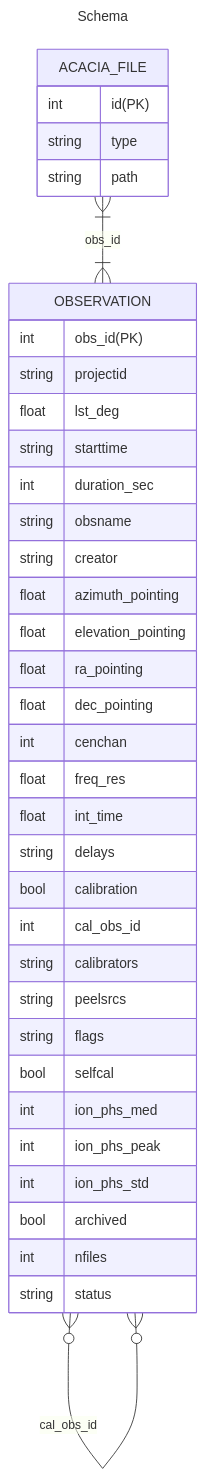
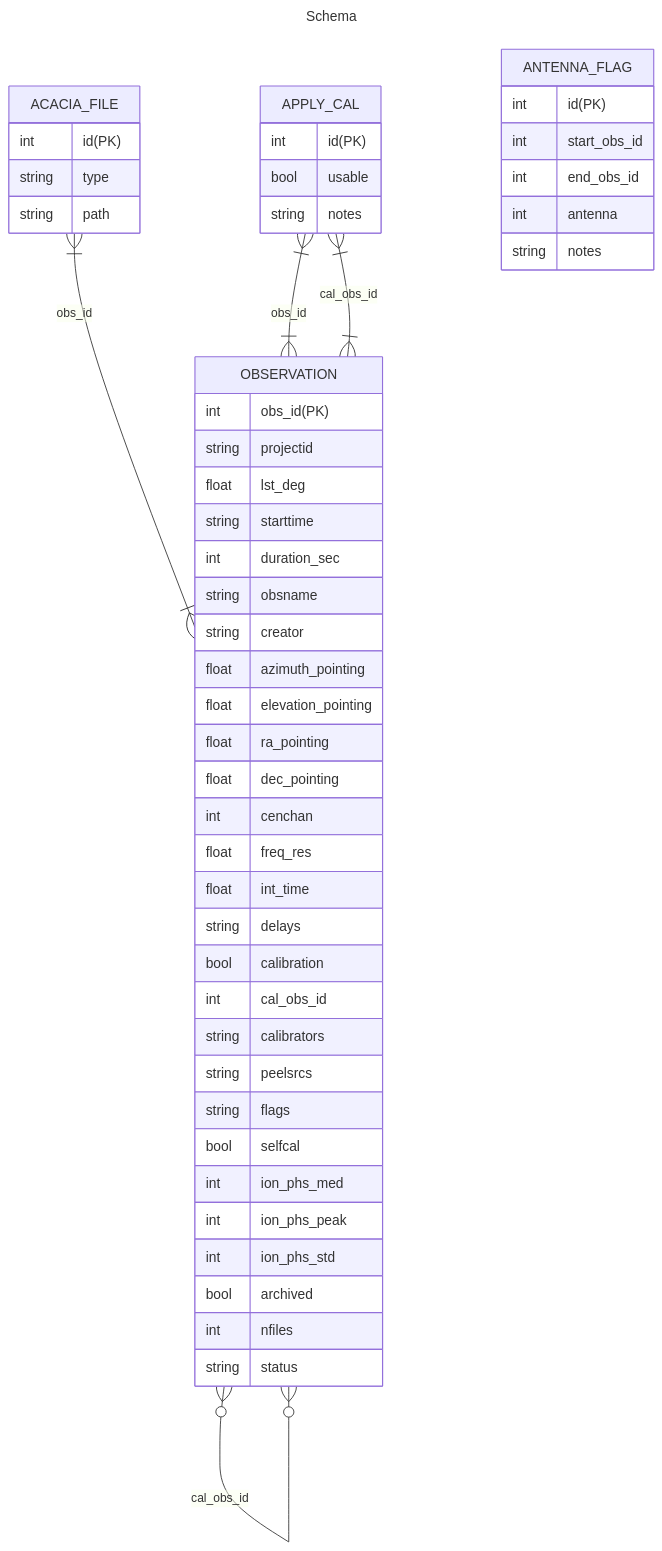
The diagram in doc/SCHEMA.md (robotopia/MWA-Galactic-Plane-Monitoring), drawn with Mermaid before and after one commit.

Commit message:
Adding to SCHEMA.md

````diff
--- a/doc/SCHEMA.md
+++ b/doc/SCHEMA.md
@@ -3,43 +3,57 @@
 ```mermaid
 ---
 title: Schema
 ---
 erDiagram
     OBSERVATION }o--o{ OBSERVATION : cal_obs_id
     ACACIA_FILE }|--|{ OBSERVATION : obs_id
+    APPLY_CAL }|--|{ OBSERVATION : obs_id
+    APPLY_CAL }|--|{ OBSERVATION : cal_obs_id
 
     OBSERVATION {
         int obs_id(PK)
         string projectid
         float lst_deg
         string starttime
         int duration_sec
         string obsname
         string creator
         float azimuth_pointing
         float elevation_pointing
         float ra_pointing
         float dec_pointing
         int cenchan
         float freq_res
         float int_time
         string delays
         bool calibration
         int cal_obs_id
         string calibrators
         string peelsrcs
         string flags
         bool selfcal
         int ion_phs_med
         int ion_phs_peak
         int ion_phs_std
         bool archived
         int nfiles
         string status
     }
     ACACIA_FILE {
         int id(PK)
         string type
         string path
     }
+    ANTENNA_FLAG {
+        int id(PK)
+        int start_obs_id
+        int end_obs_id
+        int antenna
+        string notes
+    }
+    APPLY_CAL {
+        int id(PK)
+        bool usable
+        string notes
+    }
 ```
````
